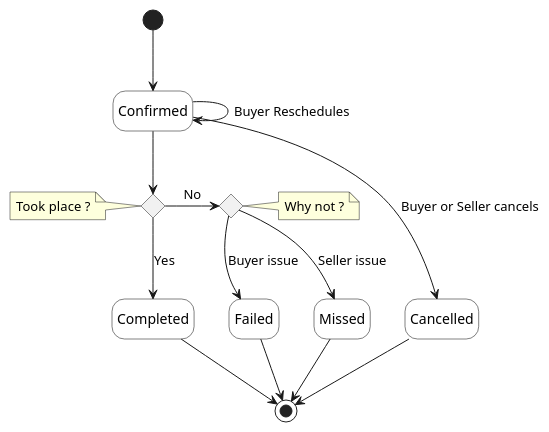
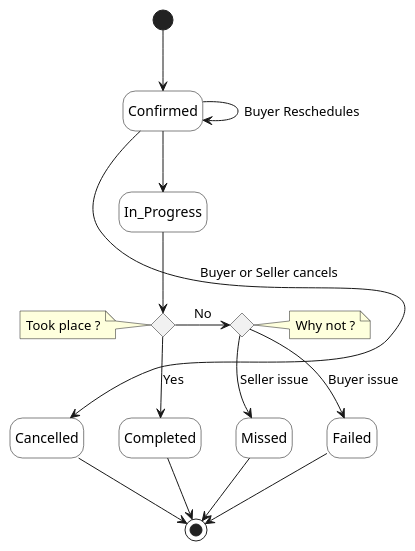
One commit to MEF-GIT/MEF-LSO-Sonata-SDK changed the diagram in documentation/productApi/workforce/media/src/appointmentStates.puml. Above: the diagram before and after it, drawn with PlantUML. The commit also changed 382 other files, not shown here.

```diff
--- a/documentation/productApi/workforce/media/src/appointmentStates.puml
+++ b/documentation/productApi/workforce/media/src/appointmentStates.puml
@@ -1,36 +1,37 @@
 @startuml
 
 'skinparam Linetype polyline
 'skinparam Linetype ortho
 skinparam state {
     BackgroundColor White
     BorderColor Black
 }
 hide empty description
 
 '''decisions'''
 state Took_place <<choice>> 
  note left of Took_place : Took place ?
 
  '''decisions'''
 state Why_not <<choice>> 
  note right of Why_not : Why not ?
 
 ''' diagram'''
 [*] -d-> Confirmed
 
 Confirmed -d-> Confirmed: Buyer Reschedules
-Confirmed -r[norank]-> Cancelled : Buyer or Seller cancels
-Confirmed -d-> Took_place
+Confirmed -d-> In_Progress
+In_Progress -d-> Took_place
 Took_place -d-> Completed: Yes
-
 Took_place -r-> Why_not: No
 Why_not -d-> Missed: Seller issue
 Why_not -d-> Failed: Buyer issue
+Confirmed -r[norank]-> Cancelled : Buyer or Seller cancels
 
+Cancelled -d-> [*]
 Missed -d-> [*]
 Completed -d-> [*]
 Failed -d-> [*]
-Cancelled -d-> [*] 
-Missed -l[hidden]-> Failed
+
+ 
 @enduml
```
